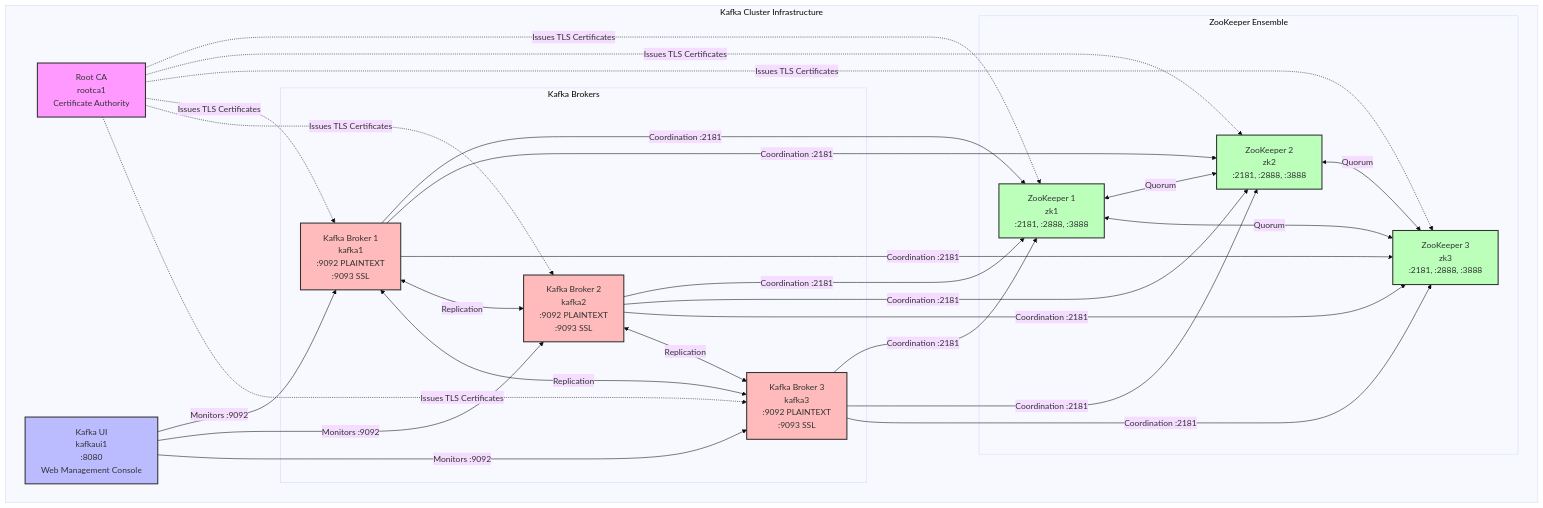
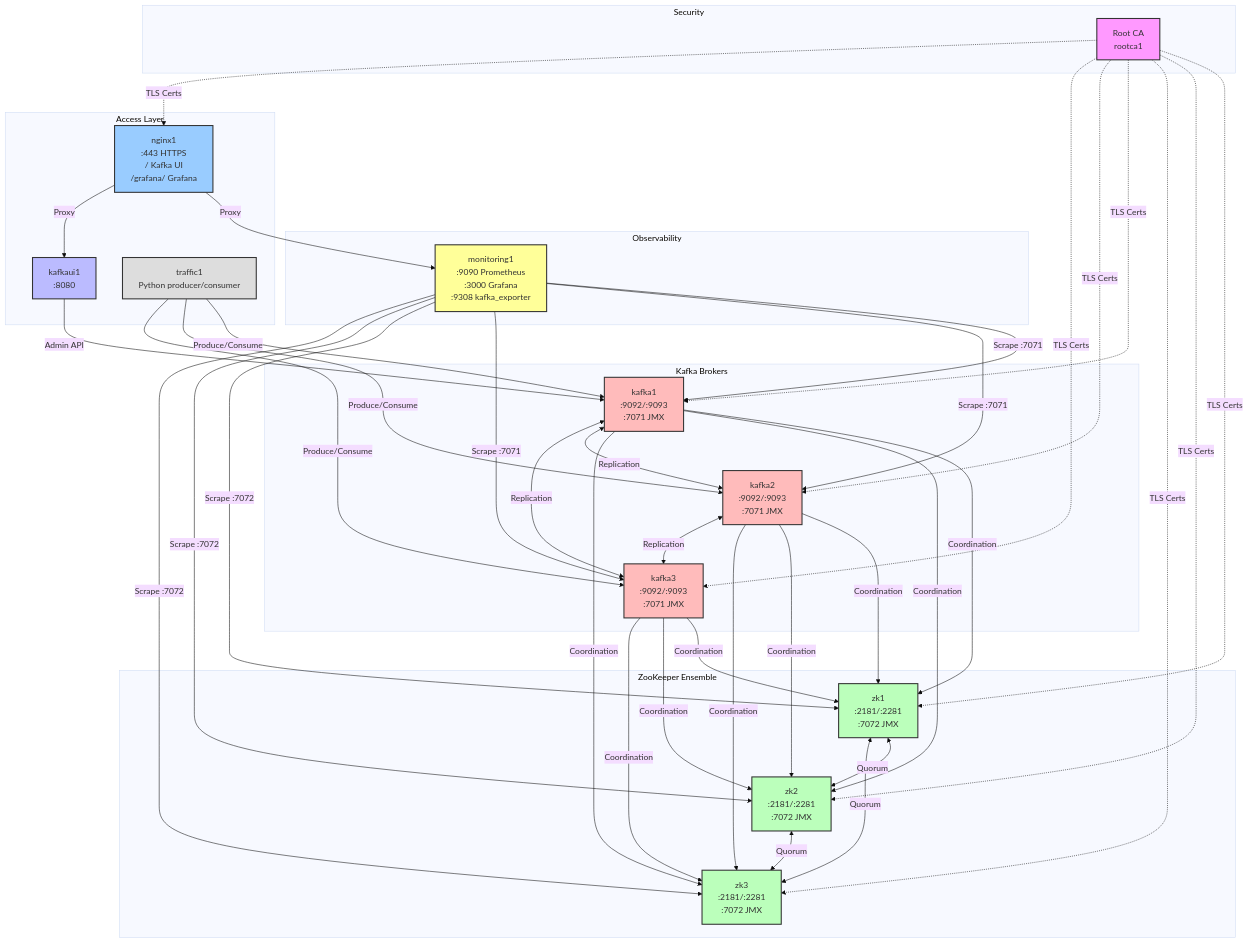
The diagram in README.md (AgentWong/kafka-ansible-collection), drawn with Mermaid (base theme) before and after one commit. The commit also changed other lines of this file and 44 other files, not shown here.

First line of the commit message:
Add Kafka and ZooKeeper monitoring dashboards, traffic generator, and JMX exporter role

````diff
--- a/README.md
+++ b/README.md
@@ -26,60 +29,73 @@
 ```mermaid
 graph TB
-    subgraph "Kafka Cluster Infrastructure"
-        CA[Root CA<br/>rootca1<br/>Certificate Authority]
-
-        subgraph "ZooKeeper Ensemble"
-            ZK1[ZooKeeper 1<br/>zk1<br/>:2181, :2888, :3888]
-            ZK2[ZooKeeper 2<br/>zk2<br/>:2181, :2888, :3888]
-            ZK3[ZooKeeper 3<br/>zk3<br/>:2181, :2888, :3888]
-        end
-
-        subgraph "Kafka Brokers"
-            K1[Kafka Broker 1<br/>kafka1<br/>:9092 PLAINTEXT<br/>:9093 SSL]
-            K2[Kafka Broker 2<br/>kafka2<br/>:9092 PLAINTEXT<br/>:9093 SSL]
-            K3[Kafka Broker 3<br/>kafka3<br/>:9092 PLAINTEXT<br/>:9093 SSL]
-        end
-
-        UI[Kafka UI<br/>kafkaui1<br/>:8080<br/>Web Management Console]
+    subgraph "Security"
+        CA[Root CA<br/>rootca1]
     end
 
-    CA -.->|Issues TLS Certificates| ZK1
-    CA -.->|Issues TLS Certificates| ZK2
-    CA -.->|Issues TLS Certificates| ZK3
-    CA -.->|Issues TLS Certificates| K1
-    CA -.->|Issues TLS Certificates| K2
-    CA -.->|Issues TLS Certificates| K3
+    subgraph "ZooKeeper Ensemble"
+        ZK1[zk1<br/>:2181/:2281<br/>:7072 JMX]
+        ZK2[zk2<br/>:2181/:2281<br/>:7072 JMX]
+        ZK3[zk3<br/>:2181/:2281<br/>:7072 JMX]
+    end
+
+    subgraph "Kafka Brokers"
+        K1[kafka1<br/>:9092/:9093<br/>:7071 JMX]
+        K2[kafka2<br/>:9092/:9093<br/>:7071 JMX]
+        K3[kafka3<br/>:9092/:9093<br/>:7071 JMX]
+    end
+
+    subgraph "Observability"
+        MON[monitoring1<br/>:9090 Prometheus<br/>:3000 Grafana<br/>:9308 kafka_exporter]
+    end
+
+    subgraph "Access Layer"
+        NGX[nginx1<br/>:443 HTTPS<br/>/ Kafka UI<br/>/grafana/ Grafana]
+        UI[kafkaui1<br/>:8080]
+        TRF[traffic1<br/>Python producer/consumer]
+    end
+
+    CA -.->|TLS Certs| ZK1
+    CA -.->|TLS Certs| ZK2
+    CA -.->|TLS Certs| ZK3
+    CA -.->|TLS Certs| K1
+    CA -.->|TLS Certs| K2
+    CA -.->|TLS Certs| K3
+    CA -.->|TLS Certs| NGX
 
     ZK1 <-->|Quorum| ZK2
     ZK2 <-->|Quorum| ZK3
     ZK3 <-->|Quorum| ZK1
 
-    K1 -->|Coordination :2181| ZK1
-    K1 -->|Coordination :2181| ZK2
-    K1 -->|Coordination :2181| ZK3
-
-    K2 -->|Coordination :2181| ZK1
-    K2 -->|Coordination :2181| ZK2
-    K2 -->|Coordination :2181| ZK3
-
-    K3 -->|Coordination :2181| ZK1
-    K3 -->|Coordination :2181| ZK2
-    K3 -->|Coordination :2181| ZK3
-
+    K1 & K2 & K3 -->|Coordination| ZK1
+    K1 & K2 & K3 -->|Coordination| ZK2
+    K1 & K2 & K3 -->|Coordination| ZK3
     K1 <-->|Replication| K2
     K2 <-->|Replication| K3
     K3 <-->|Replication| K1
 
-    UI -->|Monitors :9092| K1
-    UI -->|Monitors :9092| K2
-    UI -->|Monitors :9092| K3
+    MON -->|Scrape :7071| K1
+    MON -->|Scrape :7071| K2
+    MON -->|Scrape :7071| K3
+    MON -->|Scrape :7072| ZK1
+    MON -->|Scrape :7072| ZK2
+    MON -->|Scrape :7072| ZK3
+
+    NGX -->|Proxy| MON
+    NGX -->|Proxy| UI
+    UI -->|Admin API| K1
+    TRF -->|Produce/Consume| K1
+    TRF -->|Produce/Consume| K2
+    TRF -->|Produce/Consume| K3
 
     style CA fill:#f9f,stroke:#333,stroke-width:2px
-    style UI fill:#bbf,stroke:#333,stroke-width:2px
     style ZK1 fill:#bfb,stroke:#333,stroke-width:2px
     style ZK2 fill:#bfb,stroke:#333,stroke-width:2px
     style ZK3 fill:#bfb,stroke:#333,stroke-width:2px
     style K1 fill:#fbb,stroke:#333,stroke-width:2px
     style K2 fill:#fbb,stroke:#333,stroke-width:2px
     style K3 fill:#fbb,stroke:#333,stroke-width:2px
+    style MON fill:#ff9,stroke:#333,stroke-width:2px
+    style NGX fill:#9cf,stroke:#333,stroke-width:2px
+    style UI fill:#bbf,stroke:#333,stroke-width:2px
+    style TRF fill:#ddd,stroke:#333,stroke-width:2px
 ```
````
